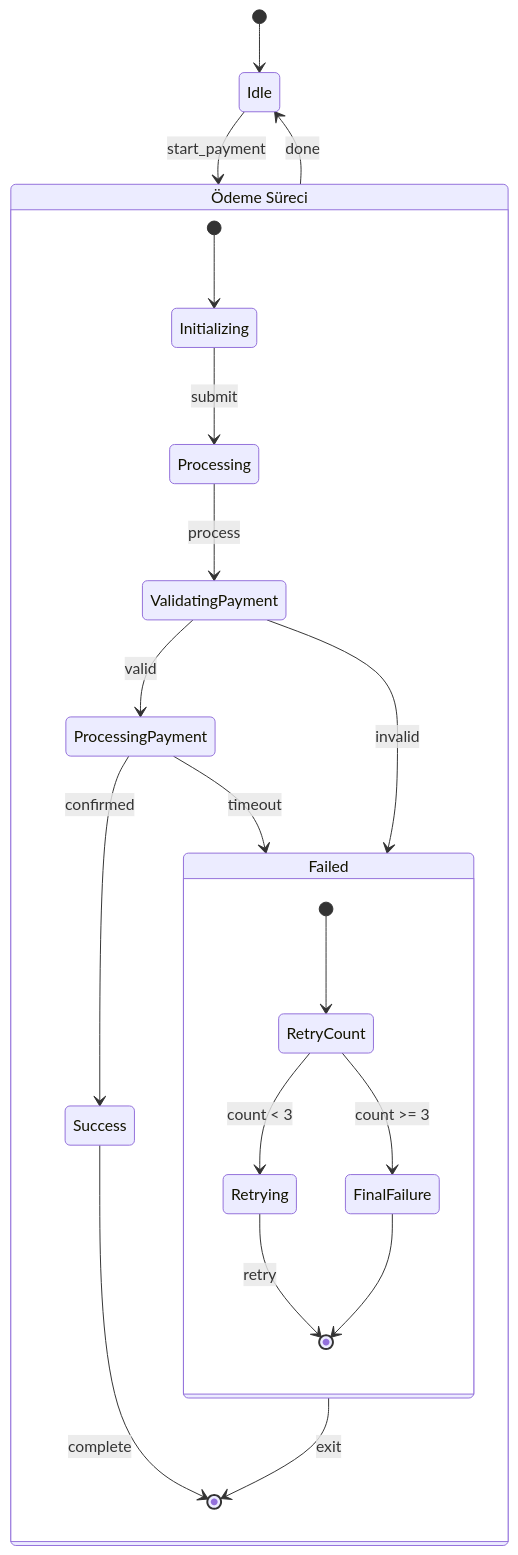
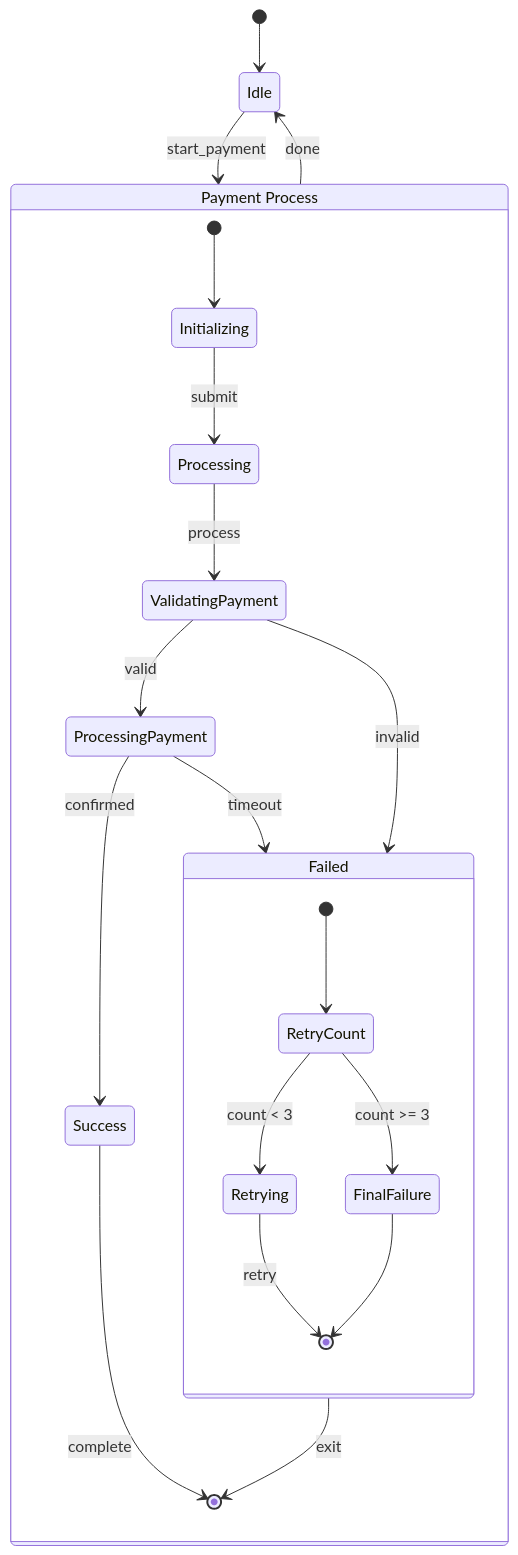
Before and after one commit to sametcn99/vitepress-mermaid-renderer: the fourth of 30 diagrams in docs/content/tr/examples/advanced.md, drawn with Mermaid. The commit also changed other lines of this file and 19 other files, not shown here.

````diff
--- a/docs/content/tr/examples/advanced.md
+++ b/docs/content/tr/examples/advanced.md
@@ -99,26 +98,26 @@
 ```mermaid
 stateDiagram-v2
     [*] --> Idle
-    state "Ödeme Süreci" as Payment {
+    state "Payment Process" as Payment {
         [*] --> Initializing
         Initializing --> Processing: submit
         Processing --> ValidatingPayment: process
         ValidatingPayment --> ProcessingPayment: valid
         ValidatingPayment --> Failed: invalid
         ProcessingPayment --> Success: confirmed
         ProcessingPayment --> Failed: timeout
         Failed --> [*]: exit
         Success --> [*]: complete
     }
 
     Idle --> Payment: start_payment
     Payment --> Idle: done
 
     state Failed {
         [*] --> RetryCount
         RetryCount --> Retrying: count < 3
         RetryCount --> FinalFailure: count >= 3
         Retrying --> [*]: retry
         FinalFailure --> [*]
     }
 ```
````
